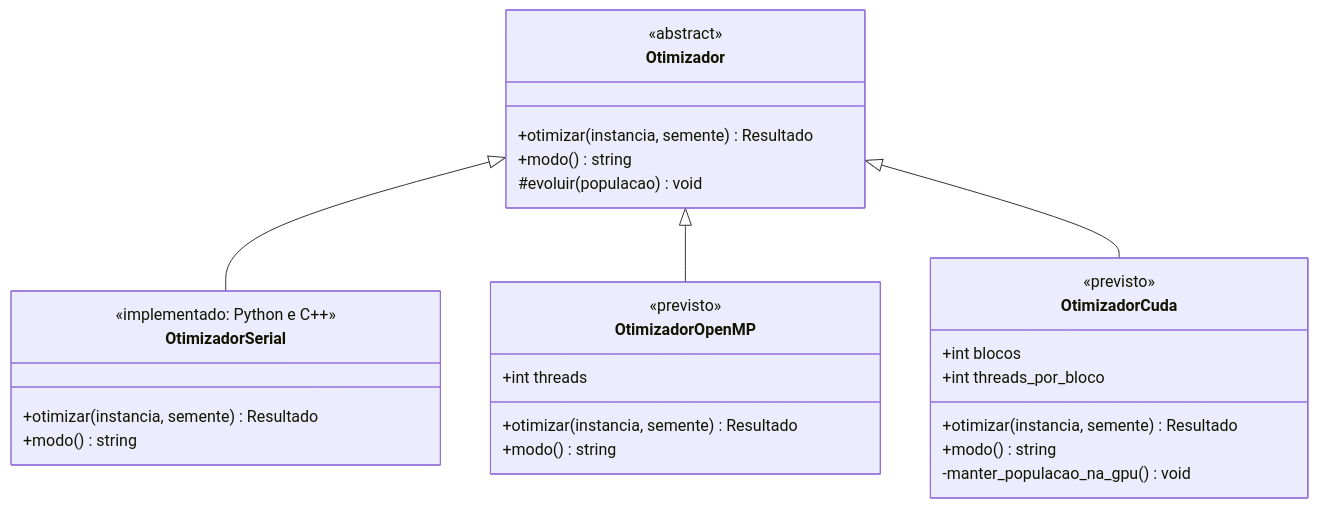
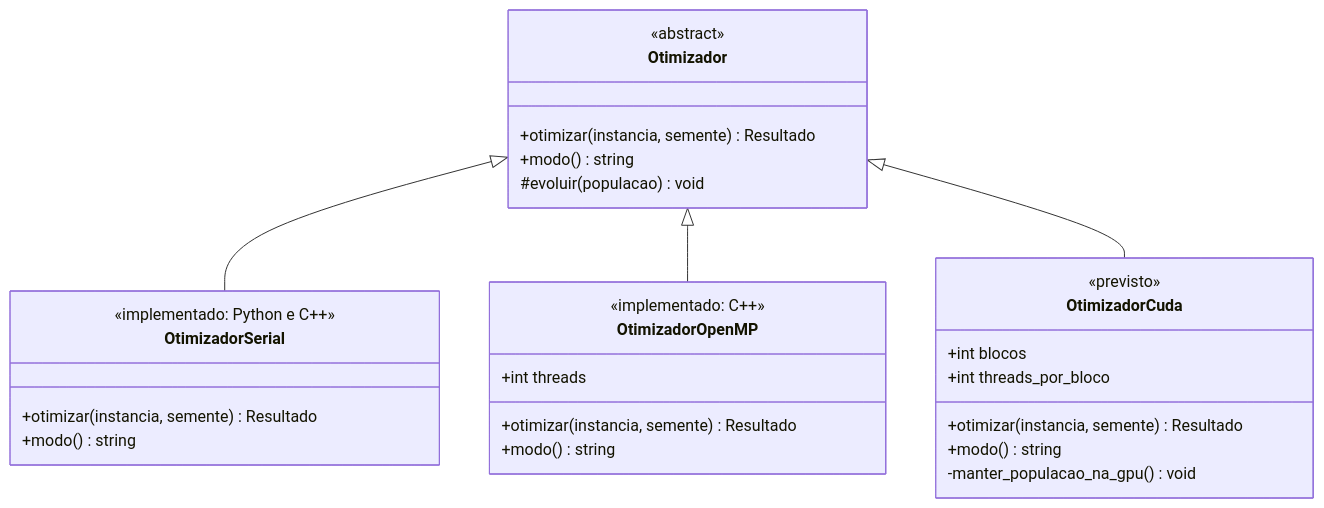
One commit to PedroMiranda243/gih-fabrica-de-software changed the eighth of 8 diagrams in docs/10-diagrama-de-classes.md. Above: the diagram before and after it, drawn with Mermaid. The commit also changed 2 other files, not shown here.

Commit message:
docs: o que o OpenMP paraleliza, e por que 8 threads e não 16
Adendo à ADR-011: as partidas avançam juntas e os filhos de cada
geração são o laço paralelo; o plano é o mesmo com qualquer número de
threads; escalonamento dinâmico; o limite de tempo para todas as
partidas na mesma geração. A §4.2 deixa de dizer que o OpenMP divide
as partidas. O CLAUDE.md ganha a armadilha medida: no contêiner, 16
threads rendem menos e oscilam mais que 8, uma por núcleo físico. A
docs/10 marca o otimizador OpenMP como implementado.

Refs #133

````diff
--- a/docs/10-diagrama-de-classes.md
+++ b/docs/10-diagrama-de-classes.md
@@ -621,37 +621,37 @@
 ```mermaid
 classDiagram
     direction TB
 
     class Otimizador {
         <<abstract>>
         +otimizar(instancia, semente) Resultado
         +modo() string
         #evoluir(populacao) void
     }
 
     class OtimizadorSerial {
         <<implementado: Python e C++>>
         +otimizar(instancia, semente) Resultado
         +modo() string
     }
 
     class OtimizadorOpenMP {
-        <<previsto>>
+        <<implementado: C++>>
         +int threads
         +otimizar(instancia, semente) Resultado
         +modo() string
     }
 
     class OtimizadorCuda {
         <<previsto>>
         +int blocos
         +int threads_por_bloco
         +otimizar(instancia, semente) Resultado
         +modo() string
         -manter_populacao_na_gpu() void
     }
 
     Otimizador <|-- OtimizadorSerial
     Otimizador <|-- OtimizadorOpenMP
     Otimizador <|-- OtimizadorCuda
 ```
````
